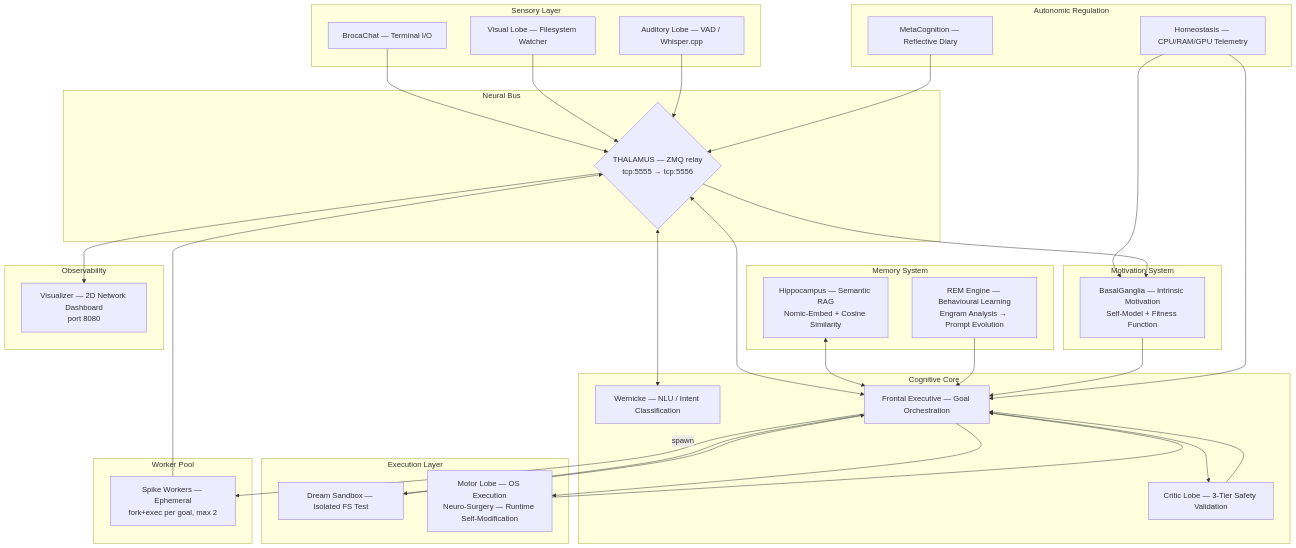
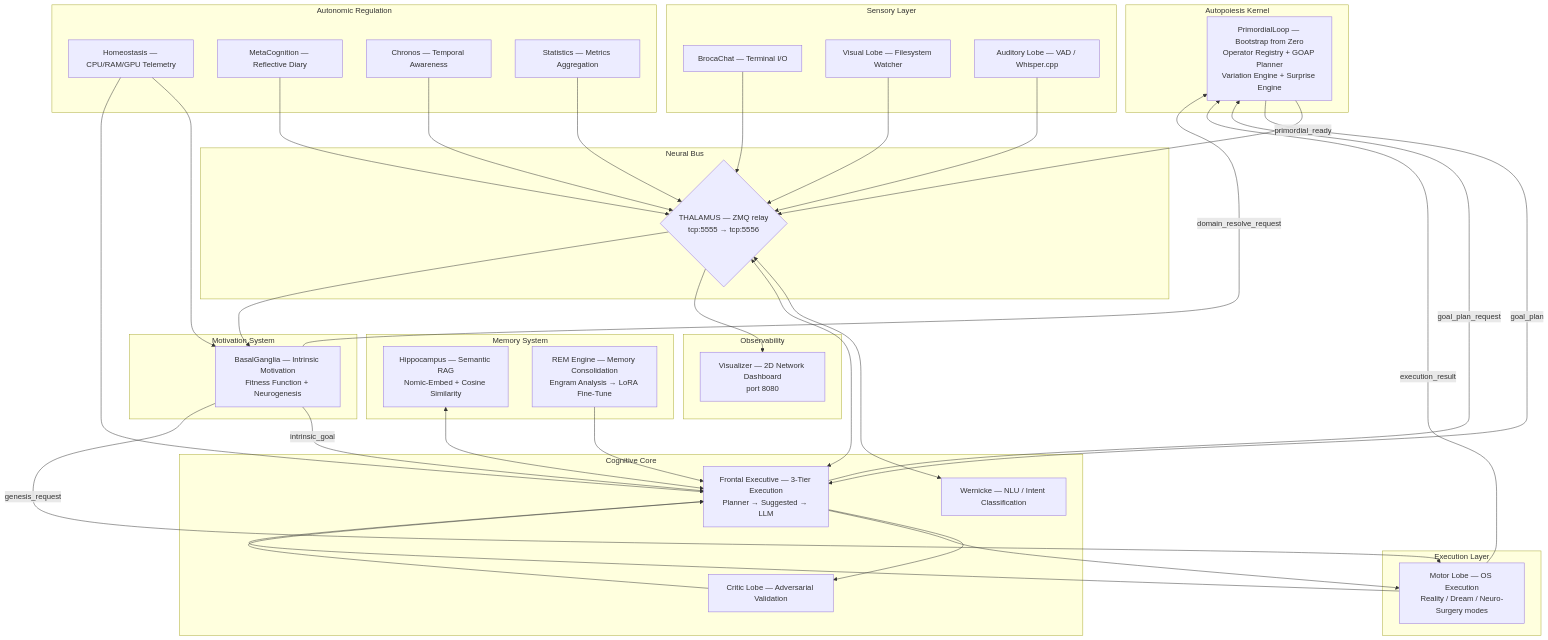
One commit to jpmlima/NeuroSwarm changed the diagram in README.md. Above: the diagram before and after it, drawn with Mermaid. The commit also changed other lines of this file, not shown here.

First line of the commit message:
Update README to v3.0.0: autopoiesis kernel, GOAP planner, three-tier execution

````diff
--- a/README.md
+++ b/README.md
@@ -40,64 +42,70 @@
 ```mermaid
 graph TD
+    subgraph "Autopoiesis Kernel"
+        PL[PrimordialLoop — Bootstrap from Zero\nOperator Registry + GOAP Planner\nVariation Engine + Surprise Engine]
+    end
+
     subgraph "Sensory Layer"
         UI[BrocaChat — Terminal I/O]
         VL[Visual Lobe — Filesystem Watcher]
         AL[Auditory Lobe — VAD / Whisper.cpp]
     end
 
     subgraph "Neural Bus"
         TH{THALAMUS — ZMQ relay\ntcp:5555 → tcp:5556}
     end
 
     subgraph "Cognitive Core"
         WN[Wernicke — NLU / Intent Classification]
-        FE[Frontal Executive — Goal Orchestration]
-        CL[Critic Lobe — 3-Tier Safety Validation]
+        FE[Frontal Executive — 3-Tier Execution\nPlanner → Suggested → LLM]
+        CL[Critic Lobe — Adversarial Validation]
     end
 
     subgraph "Memory System"
         HP[Hippocampus — Semantic RAG\nNomic-Embed + Cosine Similarity]
-        REM[REM Engine — Behavioural Learning\nEngram Analysis → Prompt Evolution]
+        REM[REM Engine — Memory Consolidation\nEngram Analysis → LoRA Fine-Tune]
     end
 
     subgraph "Execution Layer"
-        DS[Dream Sandbox — Isolated FS Test]
-        MT[Motor Lobe — OS Execution\nNeuro-Surgery — Runtime Self-Modification]
-    end
-
-    subgraph "Worker Pool"
-        SW[Spike Workers — Ephemeral\nfork+exec per goal, max 2]
+        MT[Motor Lobe — OS Execution\nReality / Dream / Neuro-Surgery modes]
     end
 
     subgraph "Motivation System"
-        BG[BasalGanglia — Intrinsic Motivation\nSelf-Model + Fitness Function]
+        BG[BasalGanglia — Intrinsic Motivation\nFitness Function + Neurogenesis]
     end
 
     subgraph "Autonomic Regulation"
         HM[Homeostasis — CPU/RAM/GPU Telemetry]
         MC[MetaCognition — Reflective Diary]
+        CH[Chronos — Temporal Awareness]
+        ST[Statistics — Metrics Aggregation]
     end
 
     subgraph "Observability"
         VZ[Visualizer — 2D Network Dashboard\nport 8080]
     end
 
+    PL -->|primordial_ready| TH
+    PL -->|goal_plan| FE
     UI --> TH
     VL --> TH
     AL --> TH
     TH <--> WN
     TH <--> FE
+    FE -->|goal_plan_request| PL
     FE --> CL --> FE
-    FE --> DS --> FE
     FE --> MT --> FE
     HP <--> FE
     REM --> FE
-    BG --> FE
-    FE -->|spawn| SW
-    SW --> TH
+    BG -->|intrinsic_goal| FE
+    BG -->|domain_resolve_request| PL
+    BG -->|genesis_request| MT
     HM --> BG
     HM --> FE
     MC --> TH
+    CH --> TH
+    ST --> TH
     TH --> VZ
     TH --> BG
+    MT -->|execution_result| PL
 ```
````
